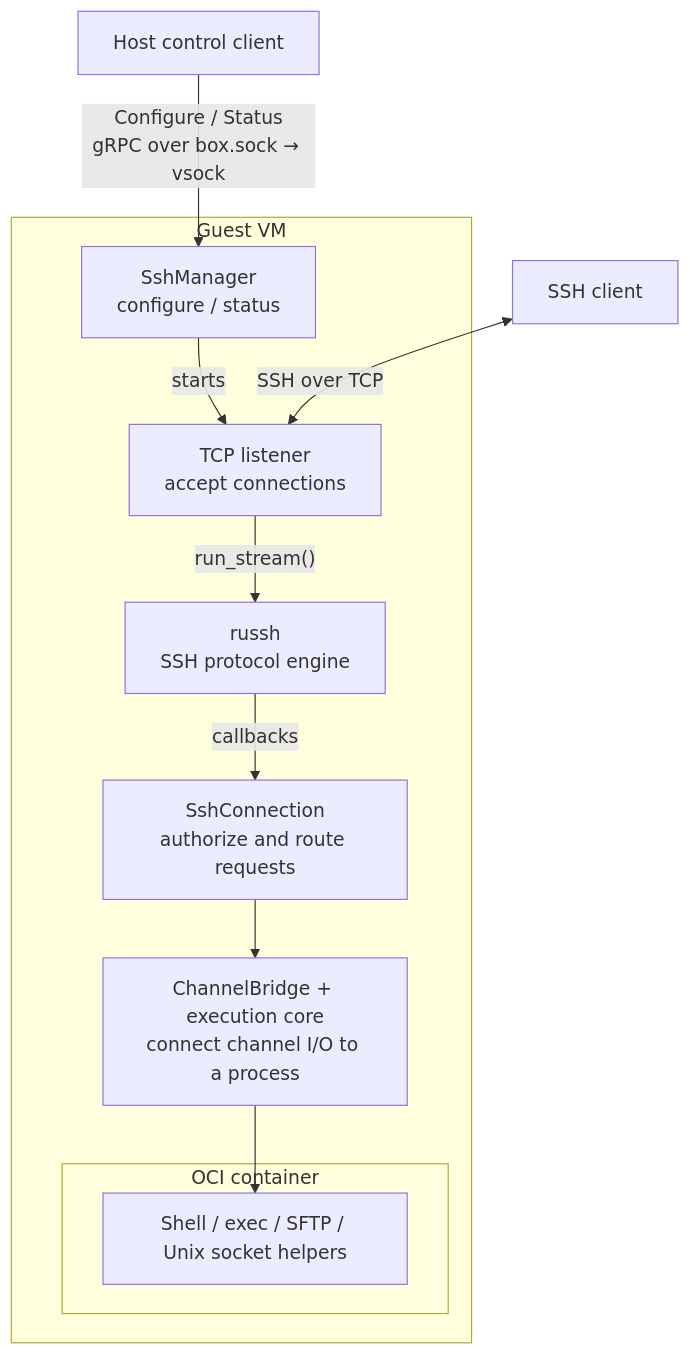
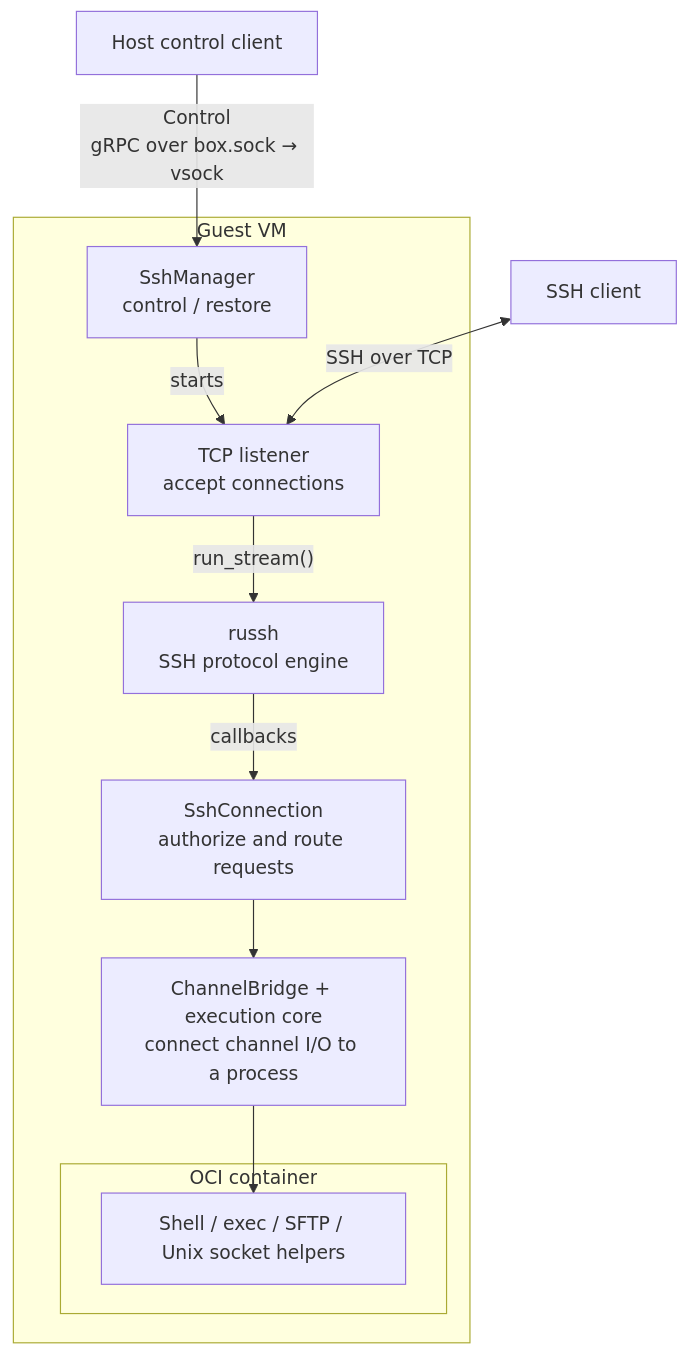
One commit to boxlite-ai/boxlite changed the first of 4 diagrams in src/guest/src/service/ssh/README.md. Above: the diagram before and after it, drawn with Mermaid. The commit also changed other lines of this file and 10 other files, not shown here.

Commit message:
refactor(ssh): unify internal requests under Control RPC

````diff
--- a/src/guest/src/service/ssh/README.md
+++ b/src/guest/src/service/ssh/README.md
@@ -12,21 +12,21 @@
 ```mermaid
 flowchart TB
     CONTROL["Host control client"]
     CLIENT["SSH client"]
     subgraph GUEST["Guest VM"]
-        MANAGER["SshManager<br/>configure / status"]
+        MANAGER["SshManager<br/>control / restore"]
         LISTENER["TCP listener<br/>accept connections"]
         RUSSH["russh<br/>SSH protocol engine"]
         HANDLER["SshConnection<br/>authorize and route requests"]
         BRIDGE["ChannelBridge + execution core<br/>connect channel I/O to a process"]
         subgraph OCI["OCI container"]
             WORK["Shell / exec / SFTP / Unix socket helpers"]
         end
         MANAGER -->|"starts"| LISTENER
         LISTENER -->|"run_stream()"| RUSSH
         RUSSH -->|"callbacks"| HANDLER
         HANDLER --> BRIDGE --> WORK
     end
-    CONTROL -->|"Configure / Status<br/>gRPC over box.sock → vsock"| MANAGER
+    CONTROL -->|"Control<br/>gRPC over box.sock → vsock"| MANAGER
     CLIENT <-->|"SSH over TCP"| LISTENER
 ```
````
